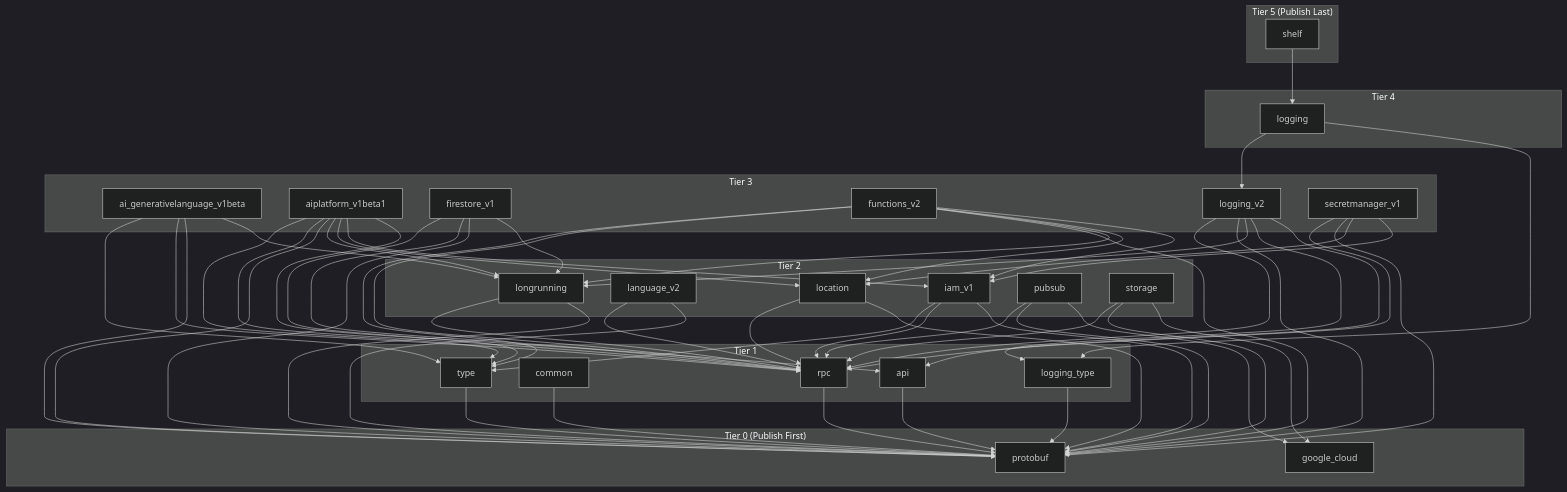
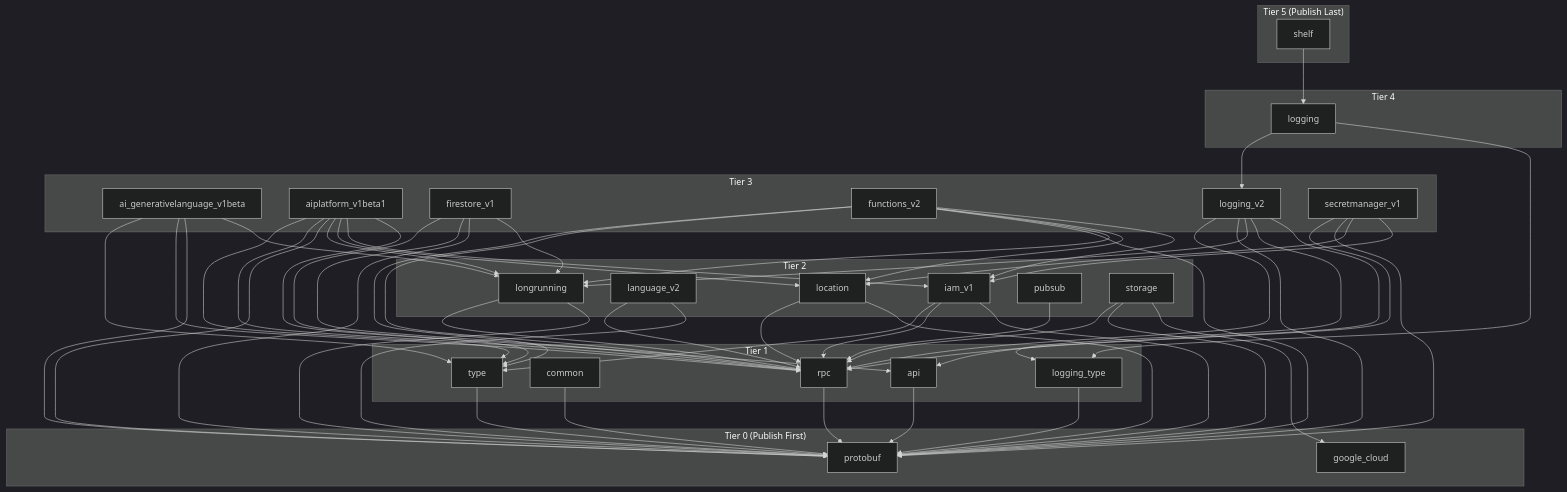
The diagram in DEVELOPER_GUIDE.md (googleapis/google-cloud-dart), drawn with Mermaid (dark theme) before and after one commit. The commit also changed 23 other files, not shown here.

```diff
--- a/DEVELOPER_GUIDE.md
+++ b/DEVELOPER_GUIDE.md
@@ -93,8 +93,6 @@
   google_cloud_logging_v2 --> google_cloud_rpc
   google_cloud_longrunning --> google_cloud_protobuf
   google_cloud_longrunning --> google_cloud_rpc
-  google_cloud_pubsub --> google_cloud
-  google_cloud_pubsub --> google_cloud_protobuf
   google_cloud_pubsub --> google_cloud_rpc
   google_cloud_rpc --> google_cloud_protobuf
   google_cloud_secretmanager_v1 --> google_cloud_iam_v1
```
